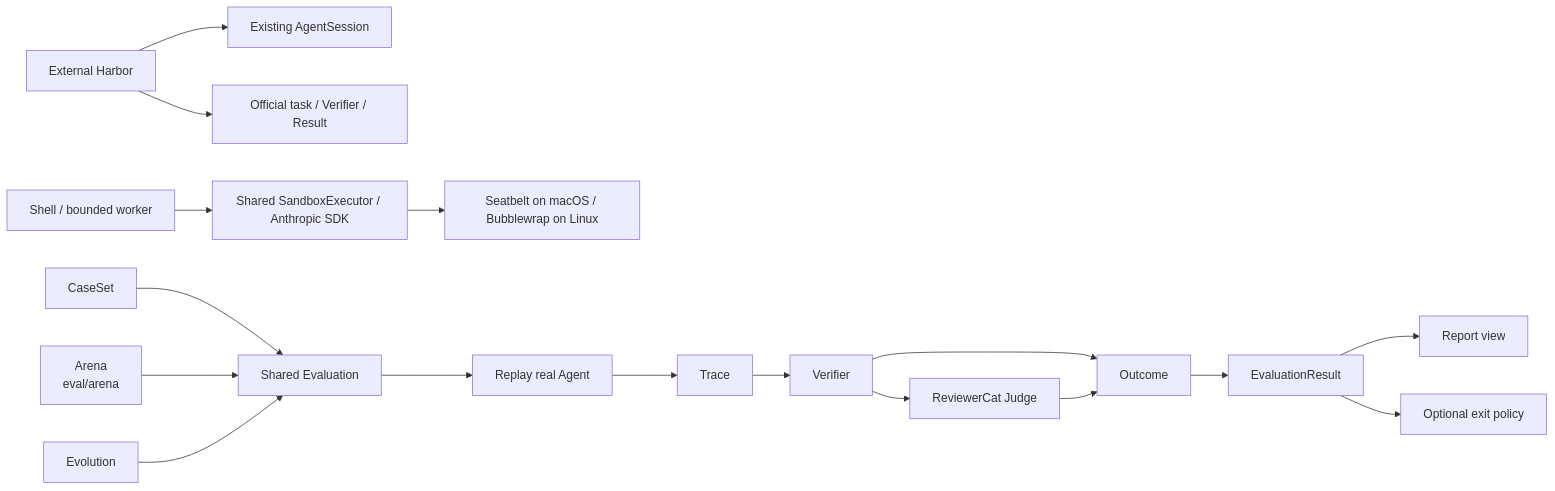
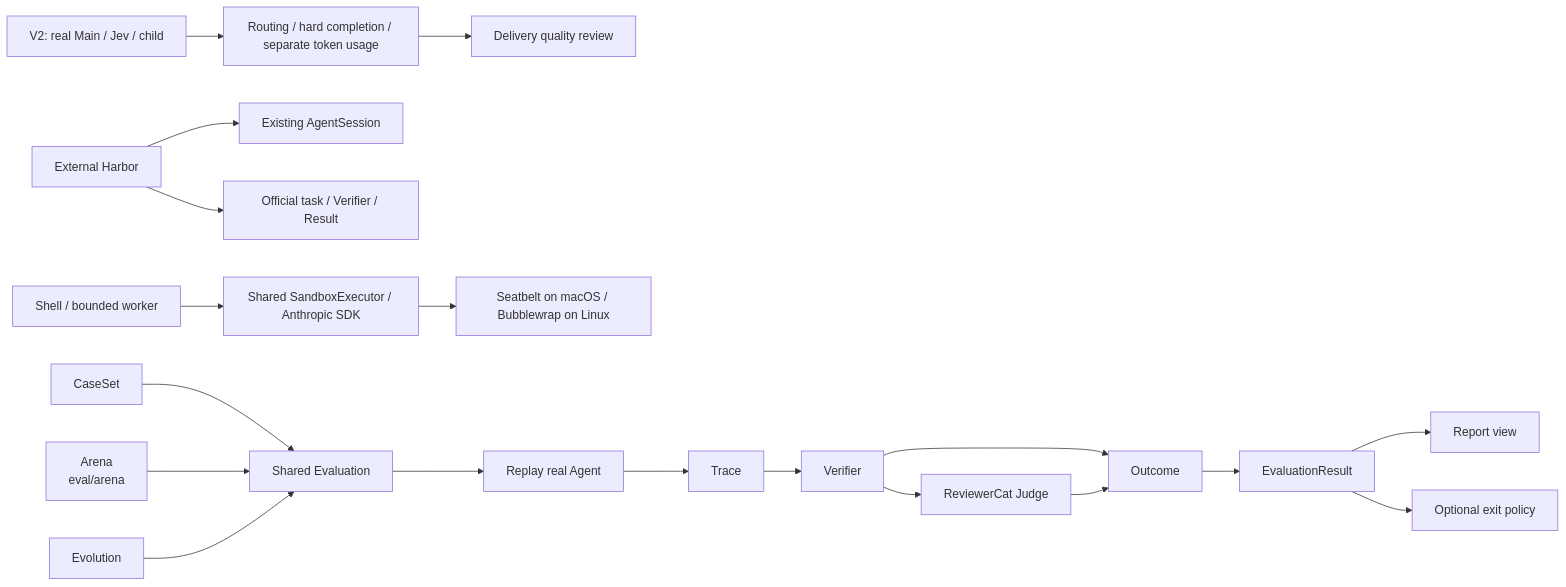
Before and after one commit to fightheyyy/XIAOBA: the second of 2 diagrams in docs/evaluation/SPEC.md, drawn with Mermaid. The commit also changed other lines of this file and 41 other files, not shown here.

Commit message:
feat(runtime): integrate Jev V2 routing and publish real A/B evidence

````diff
--- a/docs/evaluation/SPEC.md
+++ b/docs/evaluation/SPEC.md
@@ -89,20 +100,22 @@
 ```mermaid
 flowchart LR
+    LiveV2["V2: real Main / Jev / child"] --> FactsV2["Routing / hard completion / separate token usage"]
+    FactsV2 --> ReviewV2["Delivery quality review"]
     Harbor["External Harbor"] --> Runtime["Existing AgentSession"]
     Harbor --> Official["Official task / Verifier / Result"]
     Execution["Shell / bounded worker"] --> Sandbox["Shared SandboxExecutor / Anthropic SDK"]
     Sandbox --> Native["Seatbelt on macOS / Bubblewrap on Linux"]
     CaseSet["CaseSet"] --> Eval["Shared Evaluation"]
     Eval --> Replay["Replay real Agent"]
     Replay --> Trace["Trace"]
     Trace --> Verify["Verifier"]
     Verify --> Judge["ReviewerCat Judge"]
     Verify --> Outcome["Outcome"]
     Judge --> Outcome
     Outcome --> Result["EvaluationResult"]
 
     Arena["Arena<br/>eval/arena"] --> Eval
     Evolution["Evolution"] --> Eval
     Result --> Report["Report view"]
     Result --> Policy["Optional exit policy"]
 ```
````
